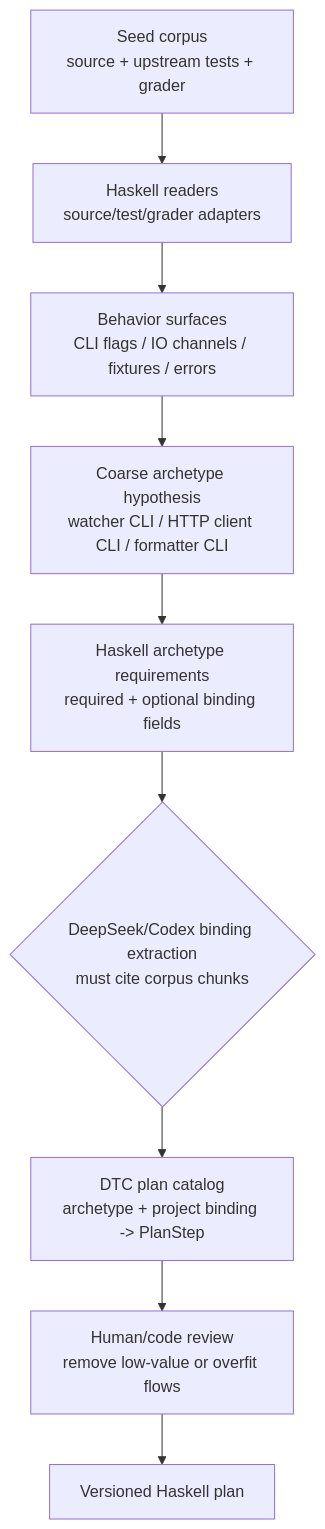
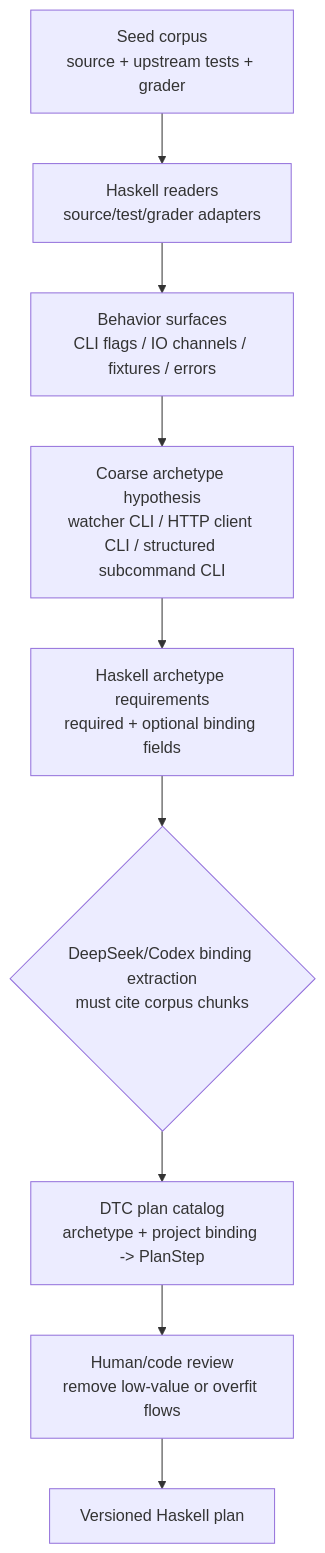
Before and after one commit to fucommingsoon/hs-blackbox-agent: the first of 2 diagrams in FLOW.md, drawn with Mermaid. The commit also changed other lines of this file and 15 other files, not shown here.

Commit message:
Add structured subcommand DTC flow for atlas

````diff
--- a/FLOW.md
+++ b/FLOW.md
@@ -14,11 +14,11 @@
 ```mermaid
 flowchart TD
     Corpus[Seed corpus<br/>source + upstream tests + grader] --> Read
     Read[Haskell readers<br/>source/test/grader adapters] --> Surface
     Surface[Behavior surfaces<br/>CLI flags / IO channels / fixtures / errors] --> Archetype
-    Archetype[Coarse archetype hypothesis<br/>watcher CLI / HTTP client CLI / formatter CLI] --> Requirements
+    Archetype[Coarse archetype hypothesis<br/>watcher CLI / HTTP client CLI / structured subcommand CLI] --> Requirements
     Requirements[Haskell archetype requirements<br/>required + optional binding fields] --> Calibrate
     Calibrate{DeepSeek/Codex binding extraction<br/>must cite corpus chunks} --> Plan
     Plan[DTC plan catalog<br/>archetype + project binding -> PlanStep] --> Review
     Review[Human/code review<br/>remove low-value or overfit flows] --> Versioned[Versioned Haskell plan]
 ```
````
